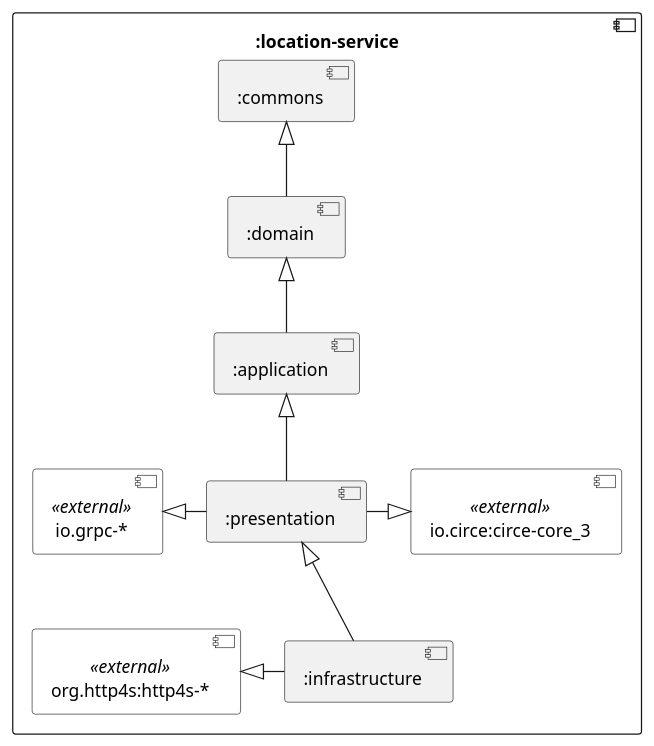
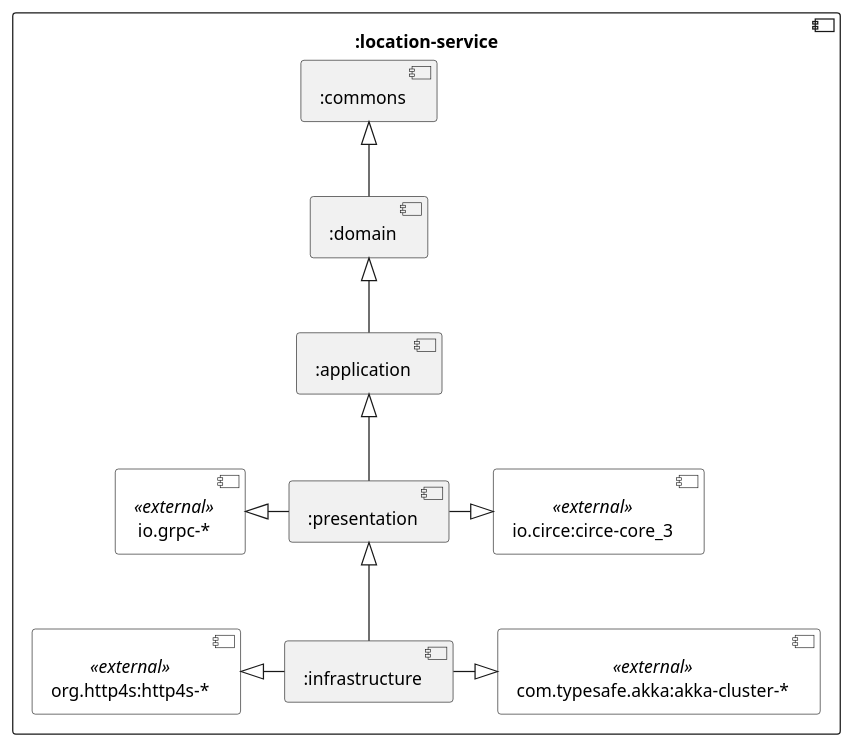
Before and after one commit to position-pal/location-service-2: the diagram in .resources/repo-structure.puml, drawn with PlantUML. The commit also changed 1 other file, not shown here.

```diff
--- a/.resources/repo-structure.puml
+++ b/.resources/repo-structure.puml
@@ -1,32 +1,34 @@
 @startuml repo-structure
 
 skinparam component {
     BackgroundColor<<external>> White
     BackgroundColor<<executable>> #ccffcc
     BackgroundColor<<test>> cyan
 }
 skinparam DatabaseBackgroundColor LightYellow
 skinparam NodeBackgroundColor White
 
 component ":location-service" {
     [:commons] as C
     [:domain] as D
     [:application] as A
 
     [:presentation] as P
     [io.circe:circe-core_3] as circe <<external>>
     [io.grpc-*] as grpc <<external>>
 
     [:infrastructure] as I
     [org.http4s:http4s-*] as http4s <<external>>
+    [com.typesafe.akka:akka-cluster-*] as akka <<external>>
 
     D -up-|> C
     A -up-|> D
     P -up-|> A
     circe <|-left- P
     grpc <|-right- P
     I -up-|> P
     http4s <|- I
+    I -|> akka
 }
 
 @enduml
```
